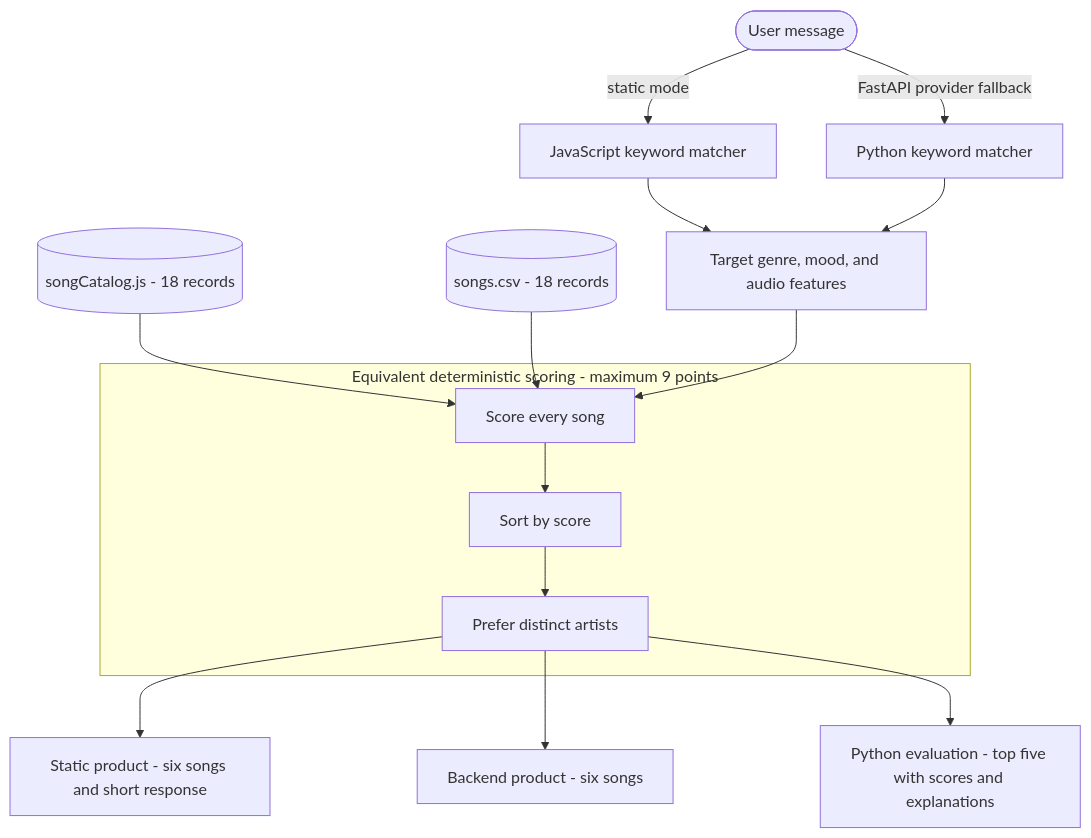
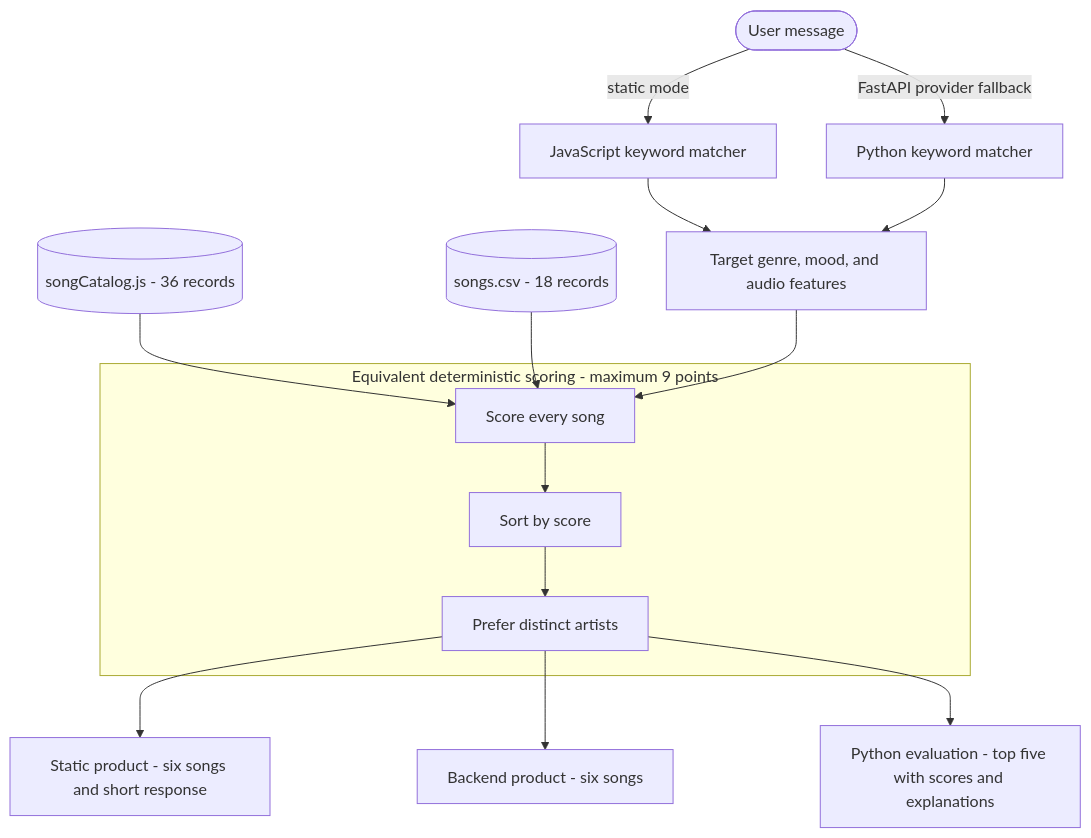
Before and after one commit to antunishdPursuit/resonance-room: the diagram in docs/fallback-recommender.md, drawn with Mermaid. The commit also changed other lines of this file and 2 other files, not shown here.

Commit message:
docs: explain guided static discovery

````diff
--- a/docs/fallback-recommender.md
+++ b/docs/fallback-recommender.md
@@ -82,27 +89,27 @@
 ```mermaid
 flowchart TD
     Message([User message])
     StaticMatcher["JavaScript keyword matcher"]
     BackendMatcher["Python keyword matcher"]
-    StaticCatalog[("songCatalog.js - 18 records")]
+    StaticCatalog[("songCatalog.js - 36 records")]
     PythonCatalog[("songs.csv - 18 records")]
     Profile["Target genre, mood, and audio features"]
 
     Message -->|"static mode"| StaticMatcher
     Message -->|"FastAPI provider fallback"| BackendMatcher
     StaticMatcher --> Profile
     BackendMatcher --> Profile
 
     StaticCatalog --> Score
     PythonCatalog --> Score
     Profile --> Score
 
     subgraph SCORE ["Equivalent deterministic scoring - maximum 9 points"]
         Score["Score every song"] --> Sort["Sort by score"]
         Sort --> Diversity["Prefer distinct artists"]
     end
 
     Diversity --> StaticOutput["Static product - six songs and short response"]
     Diversity --> BackendOutput["Backend product - six songs"]
     Diversity --> EvaluationOutput["Python evaluation - top five with scores and explanations"]
 ```
````
